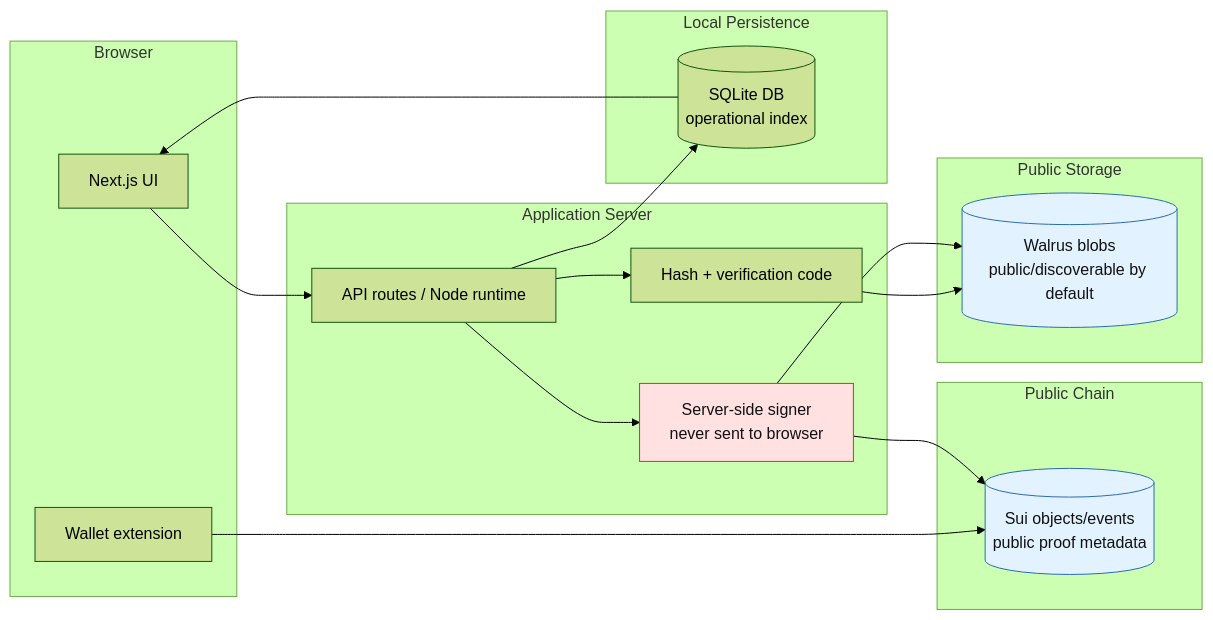
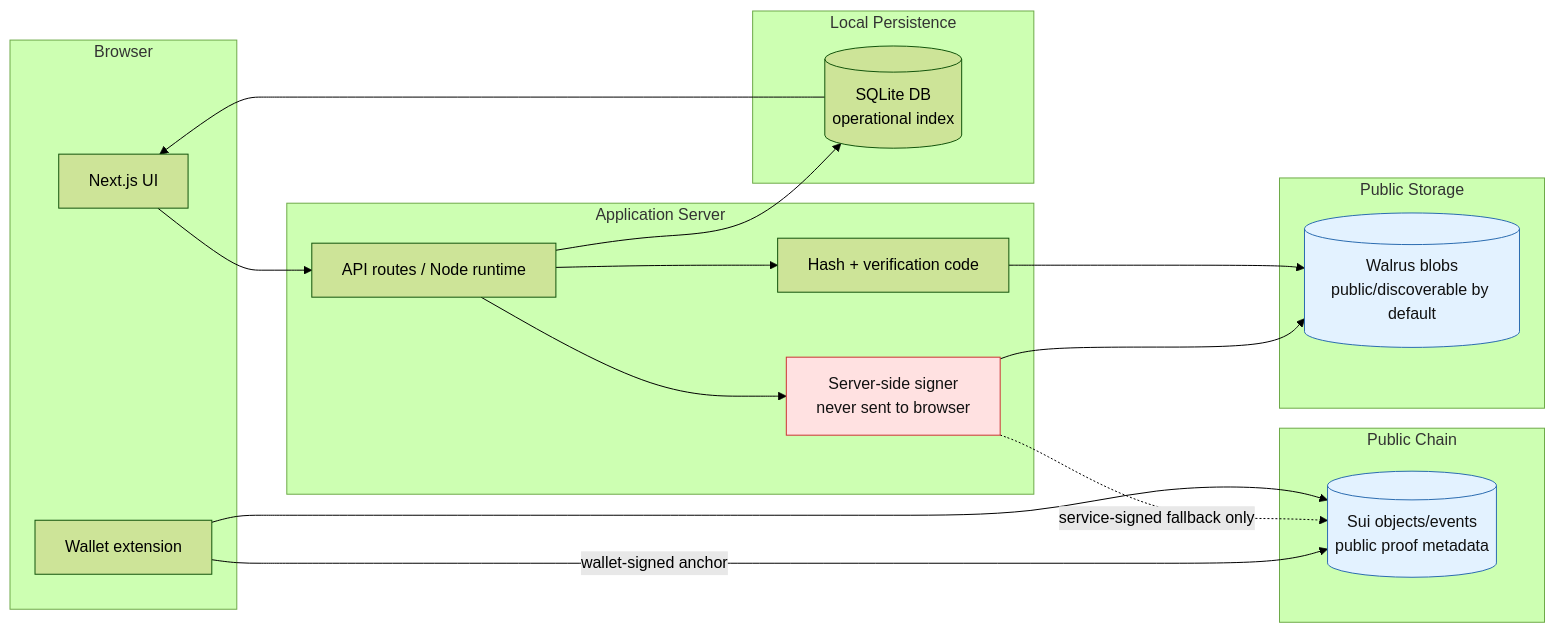
One commit to StarryDeserts/TraceLayer changed the third of 3 diagrams in docs/03-system-architecture.md. Above: the diagram before and after it, drawn with Mermaid (forest theme). The commit also changed other lines of this file and 473 other files, not shown here.

````diff
--- a/docs/03-system-architecture.md
+++ b/docs/03-system-architecture.md
@@ -112,40 +114,41 @@
 ```mermaid
 flowchart LR
   subgraph T1[Browser]
     UI[Next.js UI]
     Wallet[Wallet extension]
   end
 
   subgraph T2[Application Server]
     Routes[API routes / Node runtime]
     SecretSigner[Server-side signer\nnever sent to browser]
     Hashing[Hash + verification code]
   end
 
   subgraph T3[Local Persistence]
     SQLite[(SQLite DB\noperational index)]
   end
 
   subgraph T4[Public Storage]
     WalrusBlob[(Walrus blobs\npublic/discoverable by default)]
   end
 
   subgraph T5[Public Chain]
     SuiObjects[(Sui objects/events\npublic proof metadata)]
   end
 
   UI --> Routes
   Wallet --> SuiObjects
   Routes --> SecretSigner
   Routes --> SQLite
   Routes --> Hashing
   Hashing --> WalrusBlob
   SecretSigner --> WalrusBlob
-  SecretSigner --> SuiObjects
+  SecretSigner -.service-signed fallback only.-> SuiObjects
+  Wallet -- wallet-signed anchor --> SuiObjects
   SQLite --> UI
 
   classDef sensitive fill:#ffe1e1,stroke:#cc3333,color:#111;
   classDef public fill:#e3f2ff,stroke:#2b6cb0,color:#111;
   class SecretSigner sensitive;
   class WalrusBlob,SuiObjects public;
 ```
````
